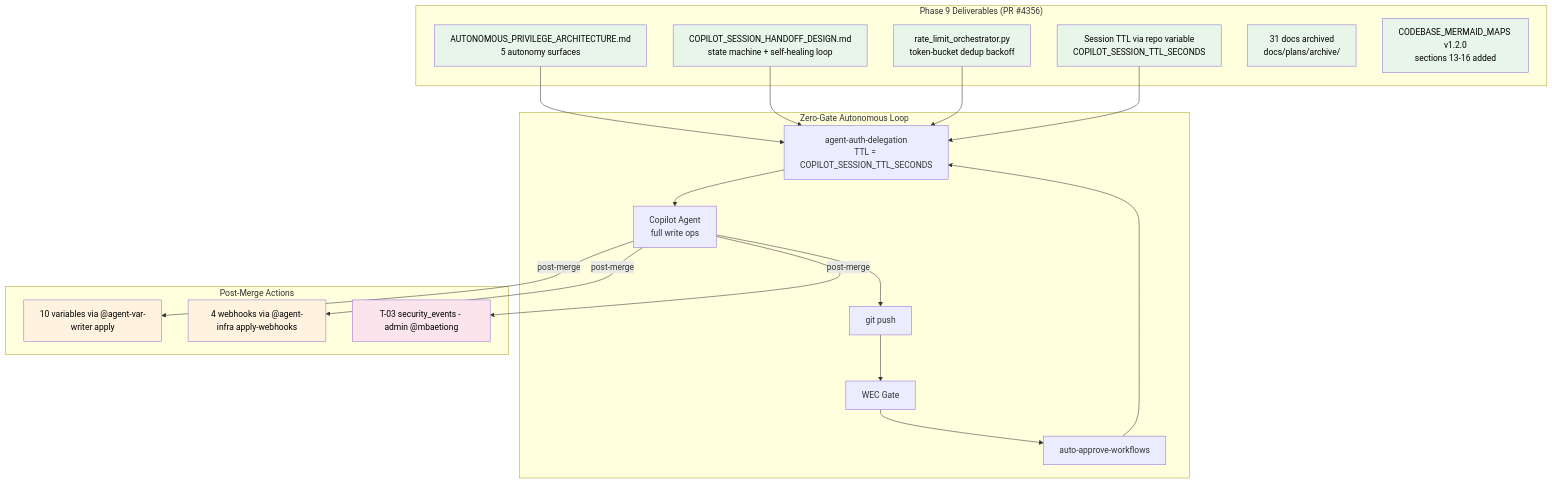
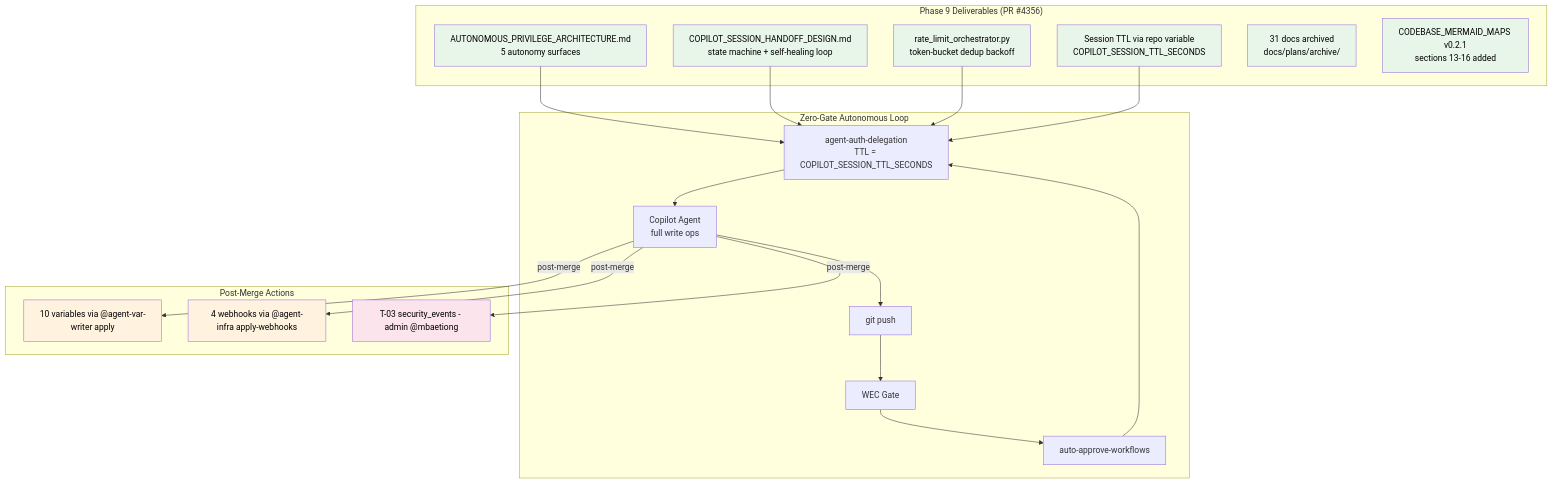
Diagram 14 of 14 in docs/REPOSITORY_ARCHITECTURE_DIAGRAMS.md (Aries-Serpent/_codex_), drawn with Mermaid before and after one commit. The commit also changed other lines of this file and 1989 other files, not shown here.

````diff
--- a/docs/REPOSITORY_ARCHITECTURE_DIAGRAMS.md
+++ b/docs/REPOSITORY_ARCHITECTURE_DIAGRAMS.md
@@ -900,39 +900,39 @@
 ```mermaid
 %%{init: {'accessibility': {'title': 'Flowchart showing AUTONOMOUS_PRIVILEGE_ARCHITECTURE.md\n5 autonomy surfaces, COPILOT_SESSION_HANDOFF_DESIGN.md\nstate machine + self-healing loop'}}%%
 graph TD
     subgraph "Phase 9 Deliverables (PR #4356)"
         D1[AUTONOMOUS_PRIVILEGE_ARCHITECTURE.md\n5 autonomy surfaces]
         D2[COPILOT_SESSION_HANDOFF_DESIGN.md\nstate machine + self-healing loop]
         D3[rate_limit_orchestrator.py\ntoken-bucket dedup backoff]
         D4[Session TTL via repo variable\nCOPILOT_SESSION_TTL_SECONDS]
         D5[31 docs archived\ndocs/plans/archive/]
-        D6[CODEBASE_MERMAID_MAPS v1.2.0\nsections 13-16 added]
+        D6[CODEBASE_MERMAID_MAPS v0.2.1\nsections 13-16 added]
     end
 
     subgraph "Zero-Gate Autonomous Loop"
         PUSH[git push] --> WEC_GATE[WEC Gate]
         WEC_GATE --> AUTO_APPROVE[auto-approve-workflows]
         AUTO_APPROVE --> AUTH_DELEGATION[agent-auth-delegation\nTTL = COPILOT_SESSION_TTL_SECONDS]
         AUTH_DELEGATION --> AGENT[Copilot Agent\nfull write ops]
         AGENT --> PUSH
     end
 
     subgraph "Post-Merge Actions"
         PM1[10 variables via @agent-var-writer apply]
         PM2[4 webhooks via @agent-infra apply-webhooks]
         PM3[T-03 security_events - admin @mbaetiong]
     end
 
     D1 & D2 & D3 & D4 --> AUTH_DELEGATION
     AGENT -->|post-merge| PM1 & PM2 & PM3
 
     style D1 fill:#e8f5e9,color:#000
     style D2 fill:#e8f5e9,color:#000
     style D3 fill:#e8f5e9,color:#000
     style D4 fill:#e8f5e9,color:#000
     style D5 fill:#e8f5e9,color:#000
     style D6 fill:#e8f5e9,color:#000
     style PM1 fill:#fff3e0,color:#000
     style PM2 fill:#fff3e0,color:#000
     style PM3 fill:#fce4ec,color:#000
 ```
````
